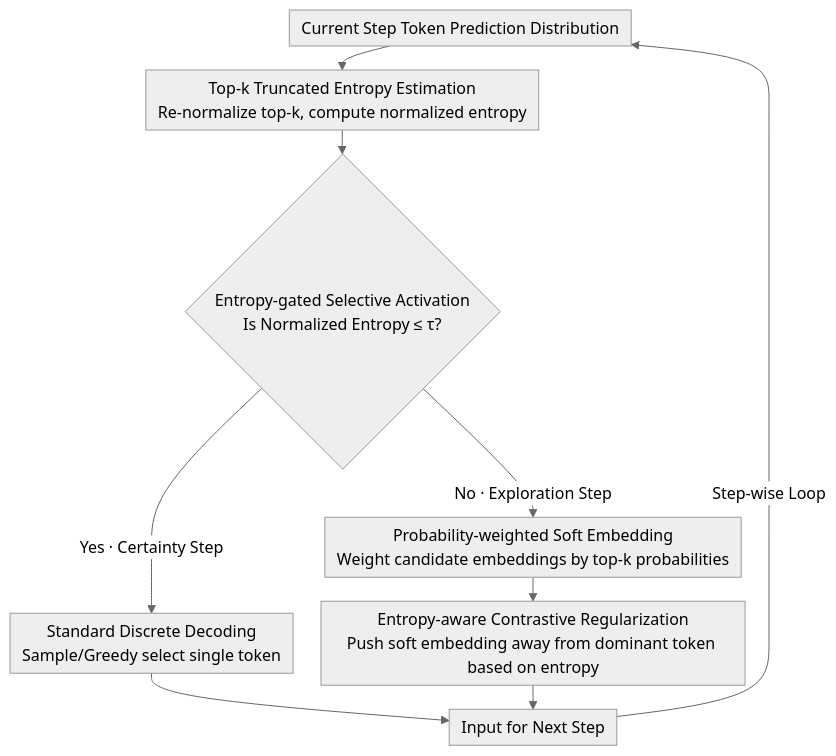
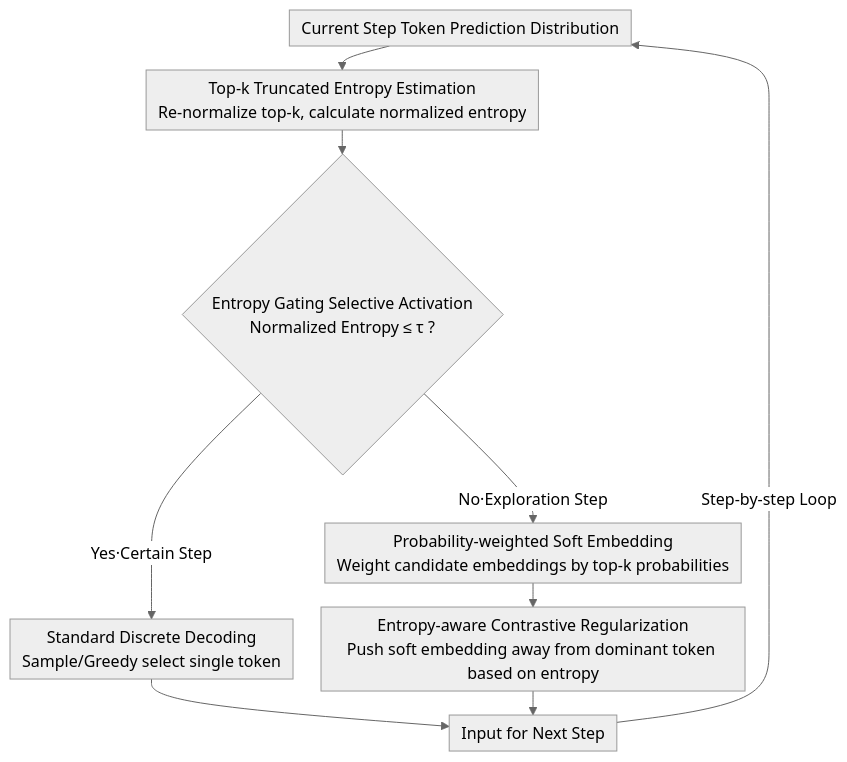
The diagram in docs/ACL2026/llm_reasoning/selar_selective_latent_reasoning_in_large_language_models.md (zhaoyang97/Paper-Notes-en), drawn with Mermaid (neutral theme) before and after one commit. The commit also changed other lines of this file and 5084 other files, not shown here.

````diff
--- a/docs/ACL2026/llm_reasoning/selar_selective_latent_reasoning_in_large_language_models.md
+++ b/docs/ACL2026/llm_reasoning/selar_selective_latent_reasoning_in_large_language_models.md
@@ -44,12 +44,12 @@
 ```mermaid
 %%{init: {'flowchart': {'rankSpacing': 24, 'nodeSpacing': 28, 'padding': 6, 'wrappingWidth': 400}}}%%
 flowchart TD
-    A["Current Step Token Prediction Distribution"] --> B["Top-k Truncated Entropy Estimation<br/>Re-normalize top-k, compute normalized entropy"]
-    B --> C{"Entropy-gated Selective Activation<br/>Is Normalized Entropy ≤ τ?"}
-    C -->|"Yes · Certainty Step"| D["Standard Discrete Decoding<br/>Sample/Greedy select single token"]
-    C -->|"No · Exploration Step"| E["Probability-weighted Soft Embedding<br/>Weight candidate embeddings by top-k probabilities"]
+    A["Current Step Token Prediction Distribution"] --> B["Top-k Truncated Entropy Estimation<br/>Re-normalize top-k, calculate normalized entropy"]
+    B --> C{"Entropy Gating Selective Activation<br/>Normalized Entropy ≤ τ ?"}
+    C -->|"Yes·Certain Step"| D["Standard Discrete Decoding<br/>Sample/Greedy select single token"]
+    C -->|"No·Exploration Step"| E["Probability-weighted Soft Embedding<br/>Weight candidate embeddings by top-k probabilities"]
     E --> F["Entropy-aware Contrastive Regularization<br/>Push soft embedding away from dominant token based on entropy"]
     D --> G["Input for Next Step"]
     F --> G
-    G -->|"Step-wise Loop"| A
+    G -->|"Step-by-step Loop"| A
 ```
````
